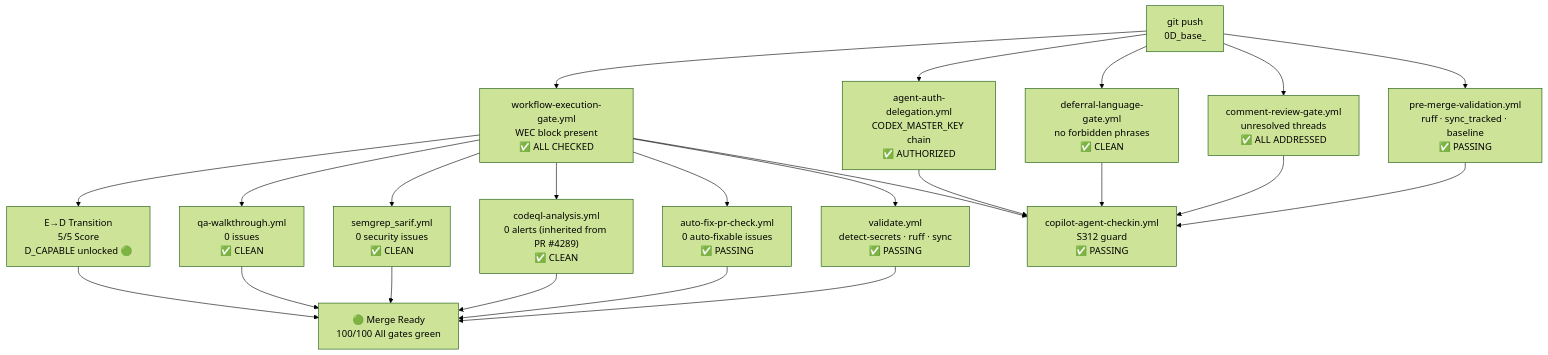
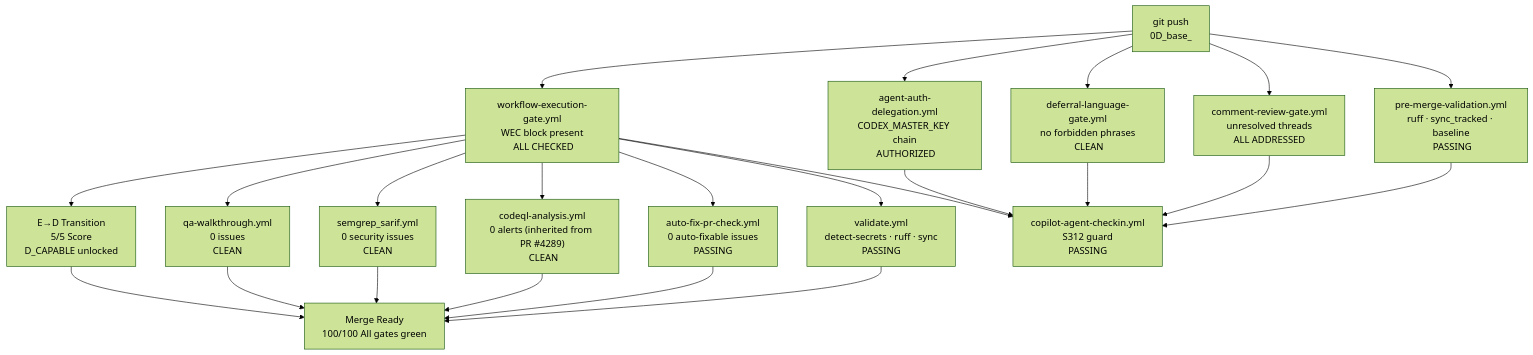
One commit to Aries-Serpent/_codex_ changed diagram 16 of 26 in docs/sessions/PR4317_session_diagram.md. Above: the diagram before and after it, drawn with Mermaid (forest theme). The commit also changed other lines of this file and 2029 other files, not shown here.

````diff
--- a/docs/sessions/PR4317_session_diagram.md
+++ b/docs/sessions/PR4317_session_diagram.md
@@ -565,20 +567,20 @@
 ```mermaid
-%%{init: {'accessibility': {'title': 'Flowchart showing "git push\n0D_base_", "pre-merge-validation.yml\nruff · sync_tracked · baseline\n✅ PASSING"'}}%%
+%%{init: {'accessibility': {'title': 'Flowchart showing "git push\n0D_base_", "pre-merge-validation.yml\nruff · sync_tracked · baseline\n PASSING"'}}%%
 flowchart TD
-    PUSH["git push\n0D_base_"] --> PRE["pre-merge-validation.yml\nruff · sync_tracked · baseline\n✅ PASSING"]
-    PUSH --> COMMENT["comment-review-gate.yml\nunresolved threads\n✅ ALL ADDRESSED"]
-    PUSH --> DEFERRAL["deferral-language-gate.yml\nno forbidden phrases\n✅ CLEAN"]
-    PUSH --> AUTH["agent-auth-delegation.yml\nCODEX_MASTER_KEY chain\n✅ AUTHORIZED"]
-    PUSH --> WEC["workflow-execution-gate.yml\nWEC block present\n✅ ALL CHECKED"]
+    PUSH["git push\n0D_base_"] --> PRE["pre-merge-validation.yml\nruff · sync_tracked · baseline\n PASSING"]
+    PUSH --> COMMENT["comment-review-gate.yml\nunresolved threads\n ALL ADDRESSED"]
+    PUSH --> DEFERRAL["deferral-language-gate.yml\nno forbidden phrases\n CLEAN"]
+    PUSH --> AUTH["agent-auth-delegation.yml\nCODEX_MASTER_KEY chain\n AUTHORIZED"]
+    PUSH --> WEC["workflow-execution-gate.yml\nWEC block present\n ALL CHECKED"]
 
-    WEC --> VALIDATE["validate.yml\ndetect-secrets · ruff · sync\n✅ PASSING"]
-    WEC --> AUTOFIX["auto-fix-pr-check.yml\n0 auto-fixable issues\n✅ PASSING"]
-    WEC --> CODEQL["codeql-analysis.yml\n0 alerts (inherited from PR #4289)\n✅ CLEAN"]
-    WEC --> SEMGREP["semgrep_sarif.yml\n0 security issues\n✅ CLEAN"]
-    WEC --> QA["qa-walkthrough.yml\n0 issues\n✅ CLEAN"]
-    WEC --> ETOD["E→D Transition\n5/5 Score\nD_CAPABLE unlocked 🟢"]
+    WEC --> VALIDATE["validate.yml\ndetect-secrets · ruff · sync\n PASSING"]
+    WEC --> AUTOFIX["auto-fix-pr-check.yml\n0 auto-fixable issues\n PASSING"]
+    WEC --> CODEQL["codeql-analysis.yml\n0 alerts (inherited from PR #4289)\n CLEAN"]
+    WEC --> SEMGREP["semgrep_sarif.yml\n0 security issues\n CLEAN"]
+    WEC --> QA["qa-walkthrough.yml\n0 issues\n CLEAN"]
+    WEC --> ETOD["E→D Transition\n5/5 Score\nD_CAPABLE unlocked "]
 
-    PRE & COMMENT & DEFERRAL & AUTH & WEC --> CHECKIN["copilot-agent-checkin.yml\nS312 guard\n✅ PASSING"]
+    PRE & COMMENT & DEFERRAL & AUTH & WEC --> CHECKIN["copilot-agent-checkin.yml\nS312 guard\n PASSING"]
 
-    VALIDATE & AUTOFIX & CODEQL & SEMGREP & QA & ETOD --> READY["🟢 Merge Ready\n100/100 All gates green"]
+    VALIDATE & AUTOFIX & CODEQL & SEMGREP & QA & ETOD --> READY[" Merge Ready\n100/100 All gates green"]
 ```
````
